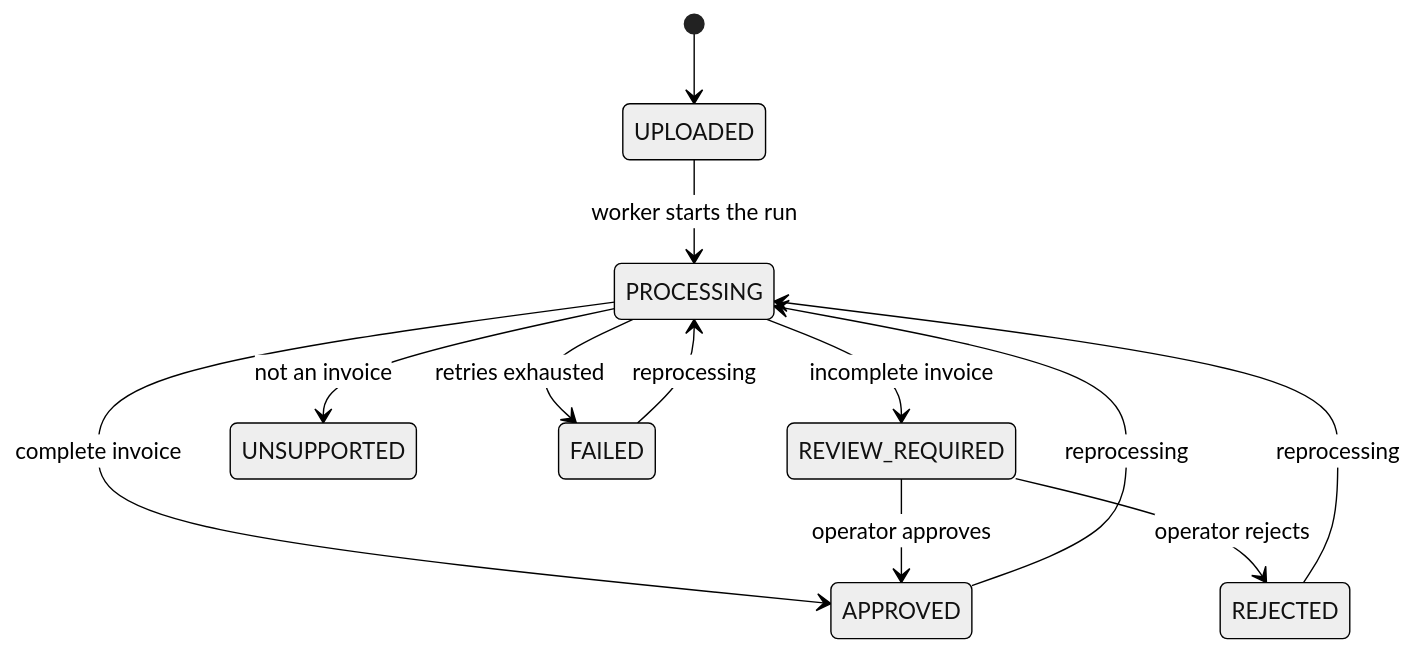
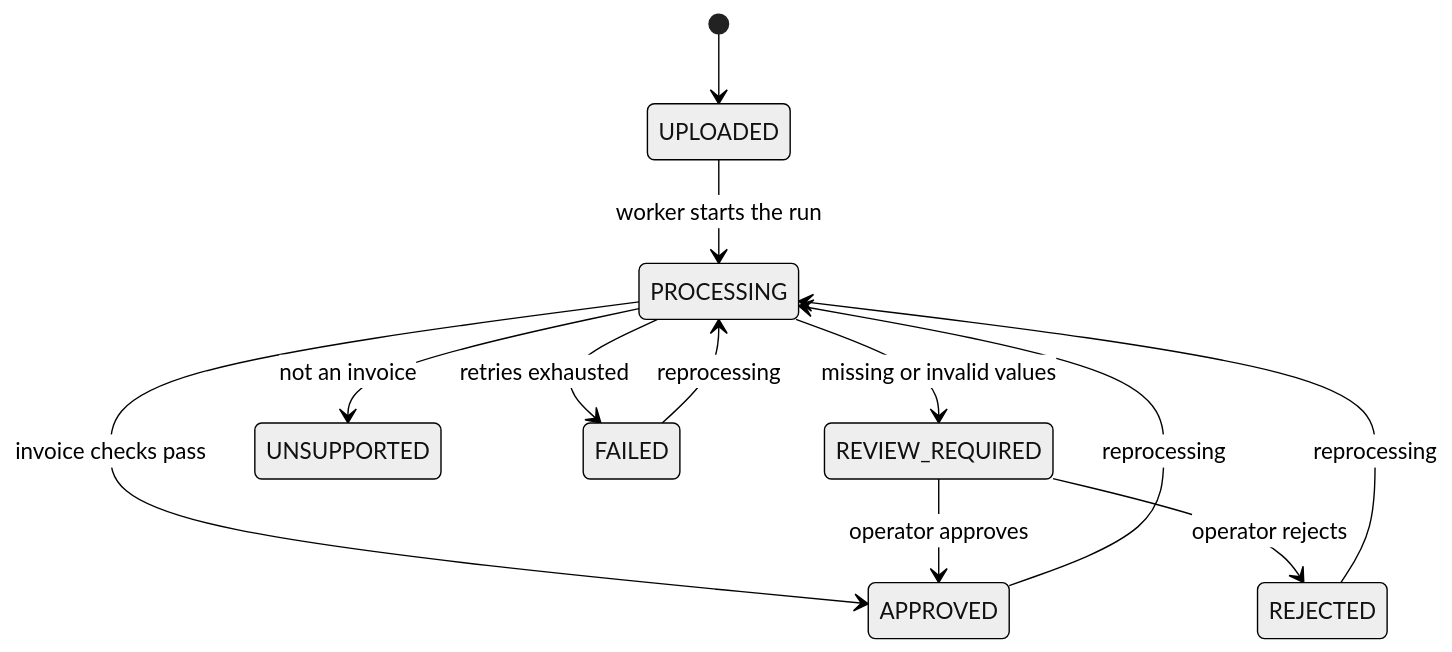
Before and after one commit to PietroRussoD/ai-document-processing-platform: the second of 2 diagrams in docs/product-overview.md, drawn with Mermaid (neutral theme). The commit also changed other lines of this file and 6 other files, not shown here.

````diff
--- a/docs/product-overview.md
+++ b/docs/product-overview.md
@@ -88,14 +92,14 @@
 ```mermaid
 stateDiagram-v2
     [*] --> UPLOADED
     UPLOADED --> PROCESSING: worker starts the run
-    PROCESSING --> APPROVED: complete invoice
-    PROCESSING --> REVIEW_REQUIRED: incomplete invoice
+    PROCESSING --> APPROVED: invoice checks pass
+    PROCESSING --> REVIEW_REQUIRED: missing or invalid values
     PROCESSING --> UNSUPPORTED: not an invoice
     PROCESSING --> FAILED: retries exhausted
     REVIEW_REQUIRED --> APPROVED: operator approves
     REVIEW_REQUIRED --> REJECTED: operator rejects
     APPROVED --> PROCESSING: reprocessing
     REJECTED --> PROCESSING: reprocessing
     FAILED --> PROCESSING: reprocessing
 ```
````
